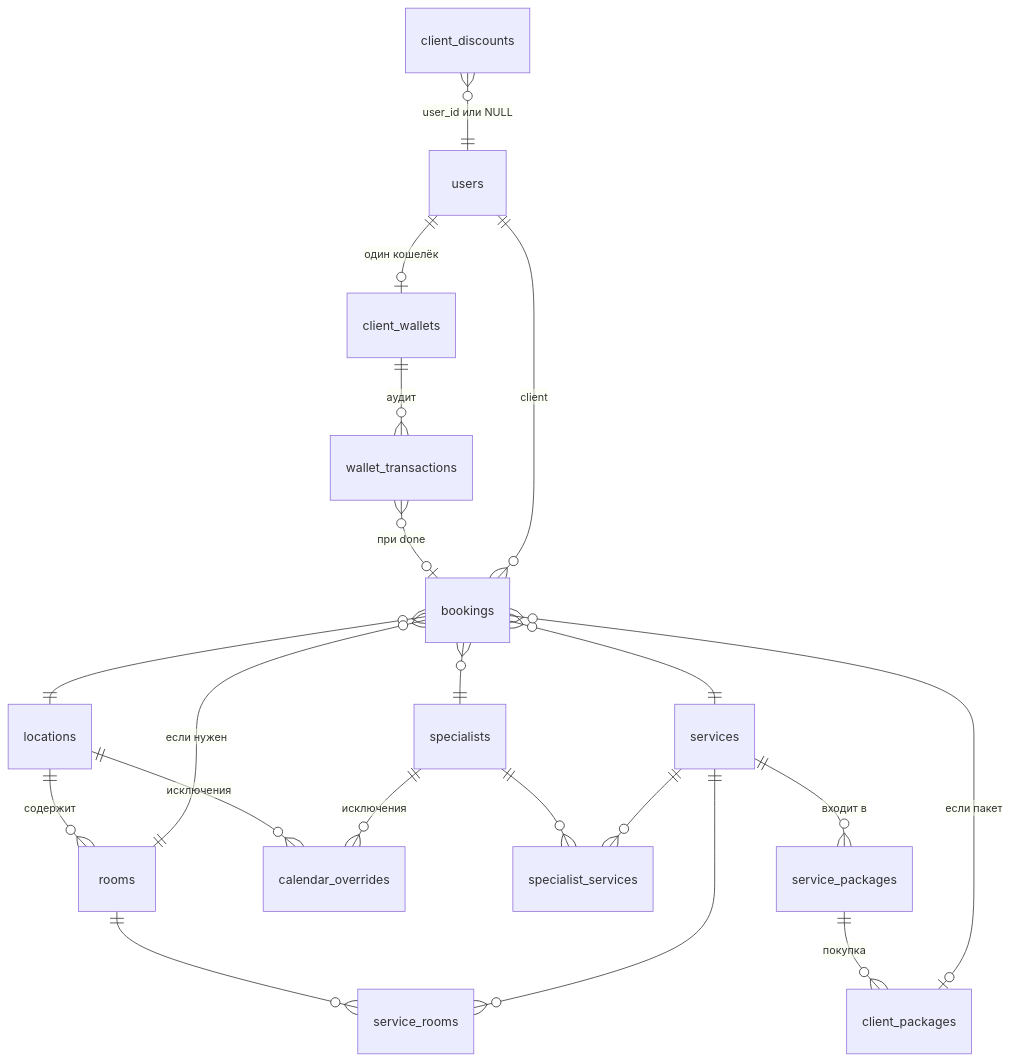
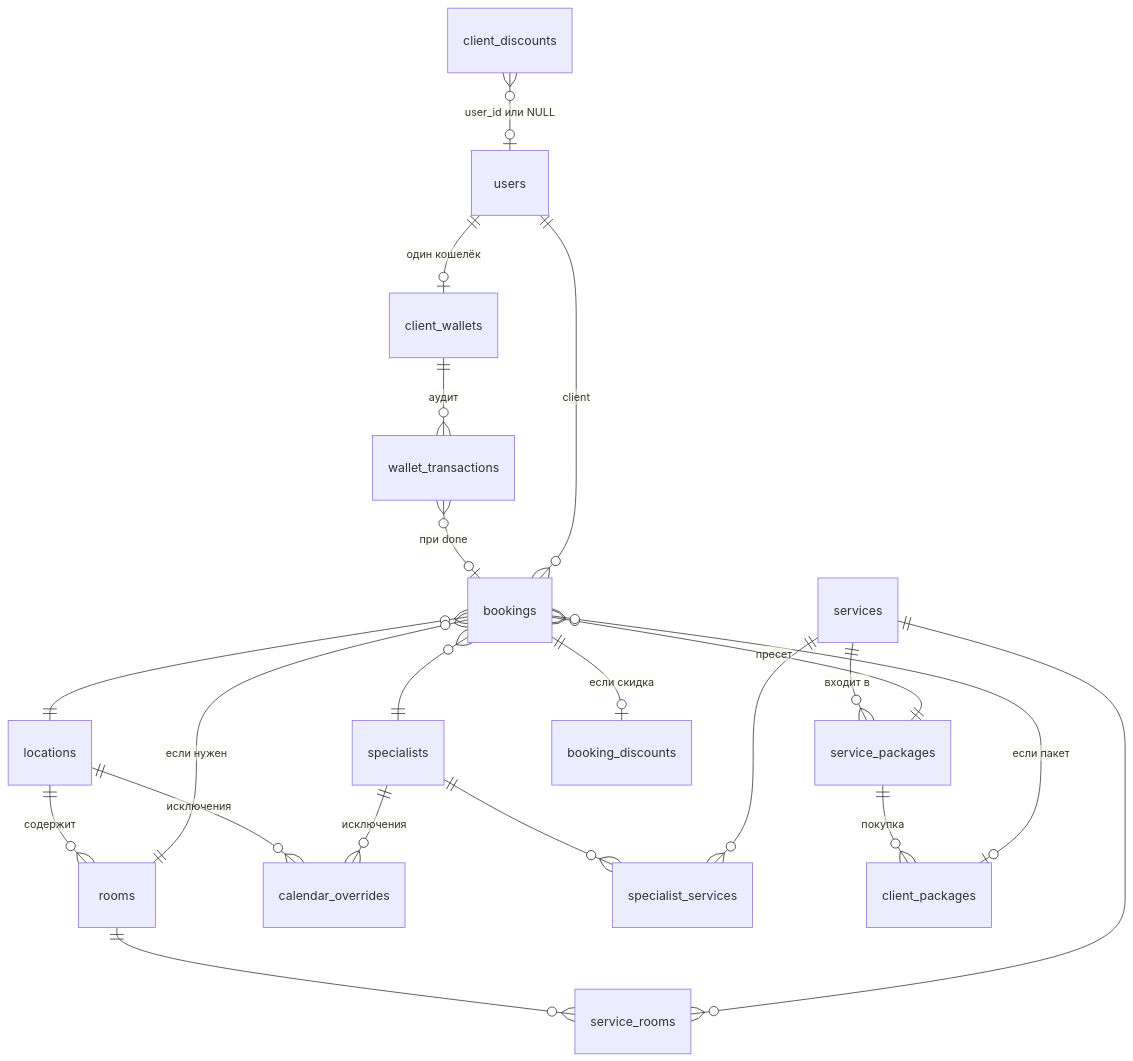
The second of 2 diagrams in docs/contract.md (lottoprof/booking), drawn with Mermaid before and after one commit. The commit also changed other lines of this file and 20 other files, not shown here.

First line of the commit message:
align code with contract: preset-based booking, dynamic pricing, discounts

````diff
--- a/docs/contract.md
+++ b/docs/contract.md
@@ -192,29 +202,30 @@
 ```mermaid
 erDiagram
   %% Блок ВРЕМЯ
   locations ||--o{ rooms : "содержит"
   locations ||--o{ calendar_overrides : "исключения"
   rooms ||--o{ service_rooms : ""
   specialists ||--o{ specialist_services : ""
   specialists ||--o{ calendar_overrides : "исключения"
 
   %% Блок УСЛУГИ
   services ||--o{ service_rooms : ""
   services ||--o{ specialist_services : ""
   services ||--o{ service_packages : "входит в"
   service_packages ||--o{ client_packages : "покупка"
-  client_discounts }o--|| users : "user_id или NULL"
+  client_discounts }o--o| users : "user_id или NULL"
 
   %% Мост
+  bookings }o--|| service_packages : "пресет"
   bookings }o--|| locations : ""
   bookings }o--|| specialists : ""
-  bookings }o--|| services : ""
   bookings }o--|| rooms : "если нужен"
   bookings }o--|| users : "client"
   bookings }o--o| client_packages : "если пакет"
+  bookings ||--o| booking_discounts : "если скидка"
 
   %% Блок ДЕНЬГИ
   users ||--o| client_wallets : "один кошелёк"
   client_wallets ||--o{ wallet_transactions : "аудит"
   wallet_transactions }o--o| bookings : "при done"
 ```
````
